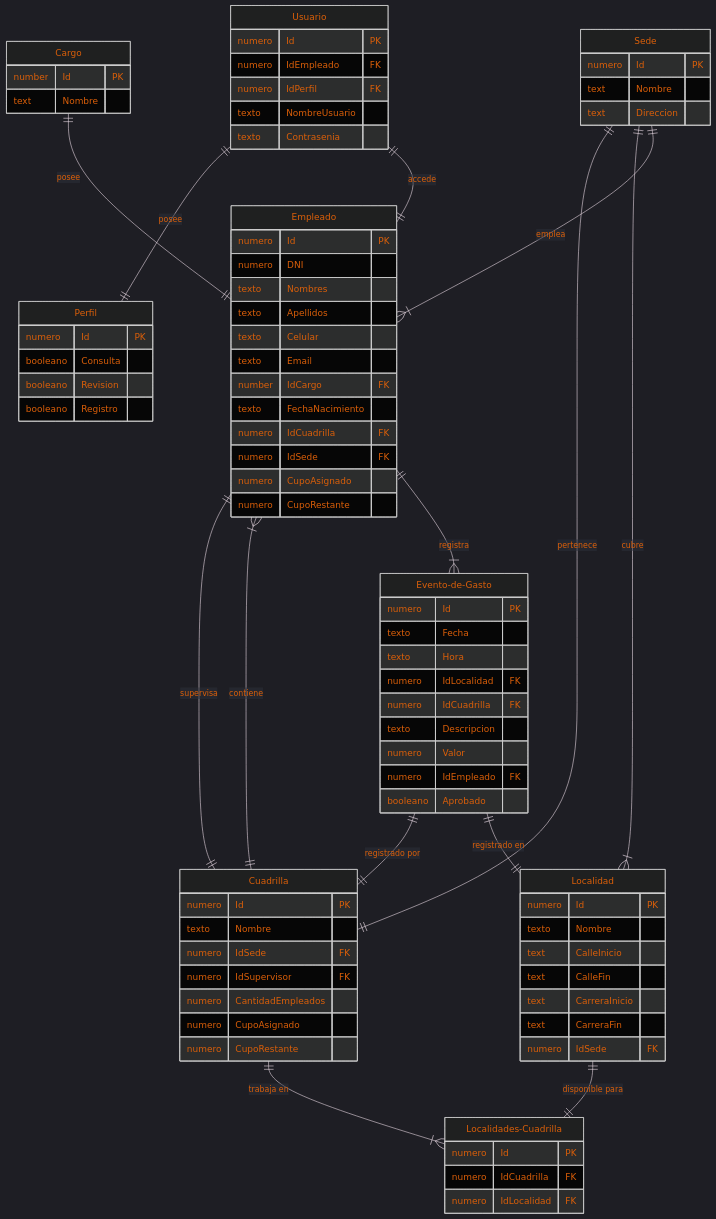
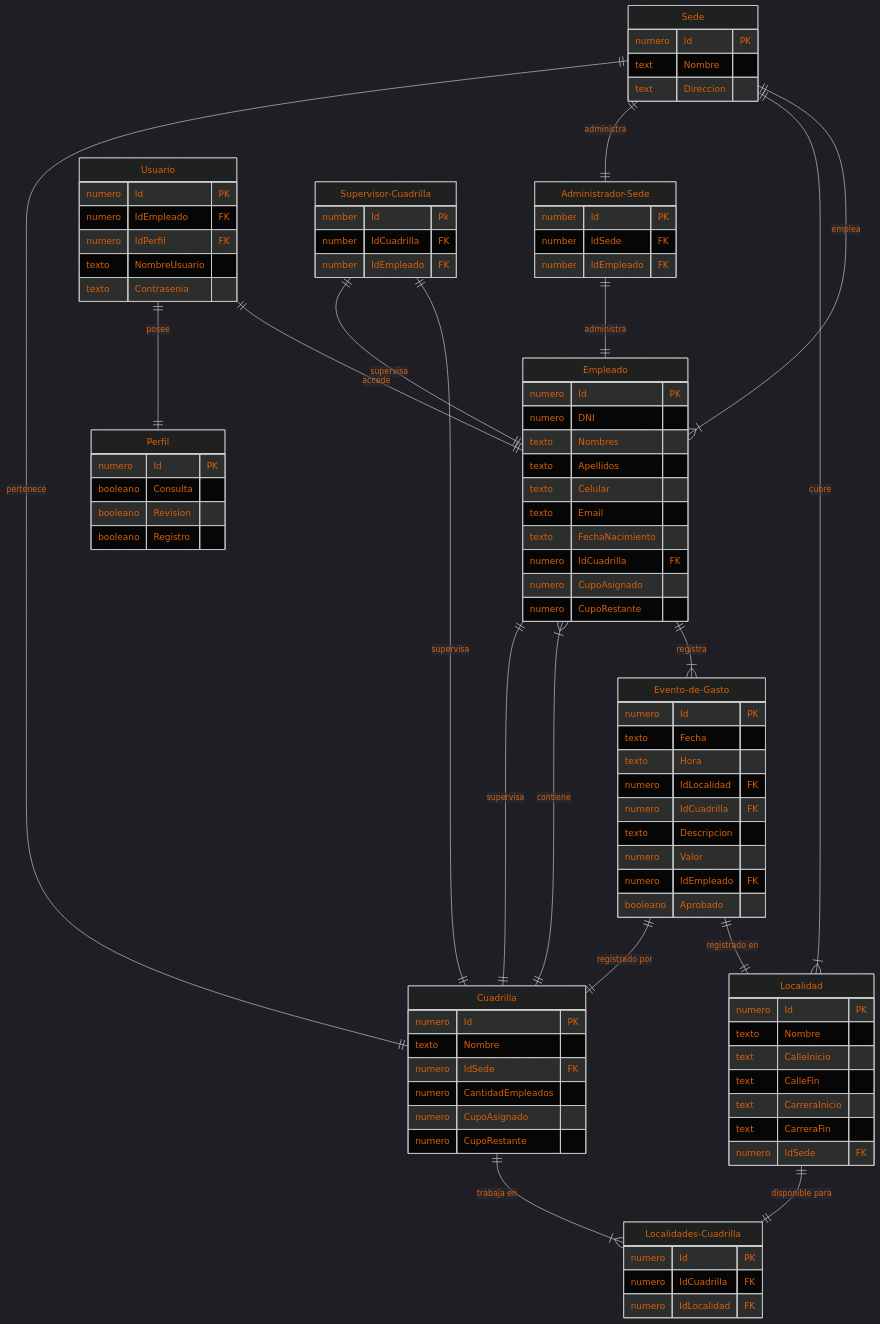
The third of 3 diagrams in README.md (sfelipehh/ProgramacionAplicada), drawn with Mermaid before and after one commit. The commit also changed other lines of this file and 1 other file, not shown here.

```diff
--- a/README.md
+++ b/README.md
@@ -99,6 +101,7 @@
 erDiagram
     Sede ||--|{ Empleado : emplea
     Sede ||--|{ Localidad : cubre
+    Sede ||--|| Administrador-Sede : administra
     
     Cuadrilla ||--|| Sede : pertenece
     Cuadrilla ||--|{ Localidades-Cuadrilla : "trabaja en"
@@ -114,7 +117,11 @@
     Usuario ||--|| Perfil : posee
     
     Localidad ||--|| Localidades-Cuadrilla : "disponible para"
-    Cargo ||--|| Empleado : posee
+    
+    Administrador-Sede ||--|| Empleado : administra
+    
+    Supervisor-Cuadrilla ||--|| Cuadrilla : supervisa
+    Supervisor-Cuadrilla ||--|| Empleado : supervisa
     
     Usuario {
         numero Id PK
@@ -148,9 +155,16 @@
         numero IdSede FK
     }
     
-    Cargo {
+    Administrador-Sede {
         number Id PK
-        text Nombre
+        number IdSede FK
+        number IdEmpleado FK
+    }
+    
+    Supervisor-Cuadrilla {
+        number Id Pk
+        number IdCuadrilla FK
+        number IdEmpleado FK
     }
     
     Localidades-Cuadrilla {
@@ -163,7 +177,6 @@
         numero Id PK
         texto Nombre
         numero IdSede FK
-        numero IdSupervisor FK
         numero CantidadEmpleados
         numero CupoAsignado
         numero CupoRestante
@@ -176,10 +189,8 @@
         texto Apellidos
         texto Celular
         texto Email
-        number IdCargo FK
         texto FechaNacimiento
         numero IdCuadrilla FK
-        numero IdSede FK
         numero CupoAsignado
         numero CupoRestante
     }
```
